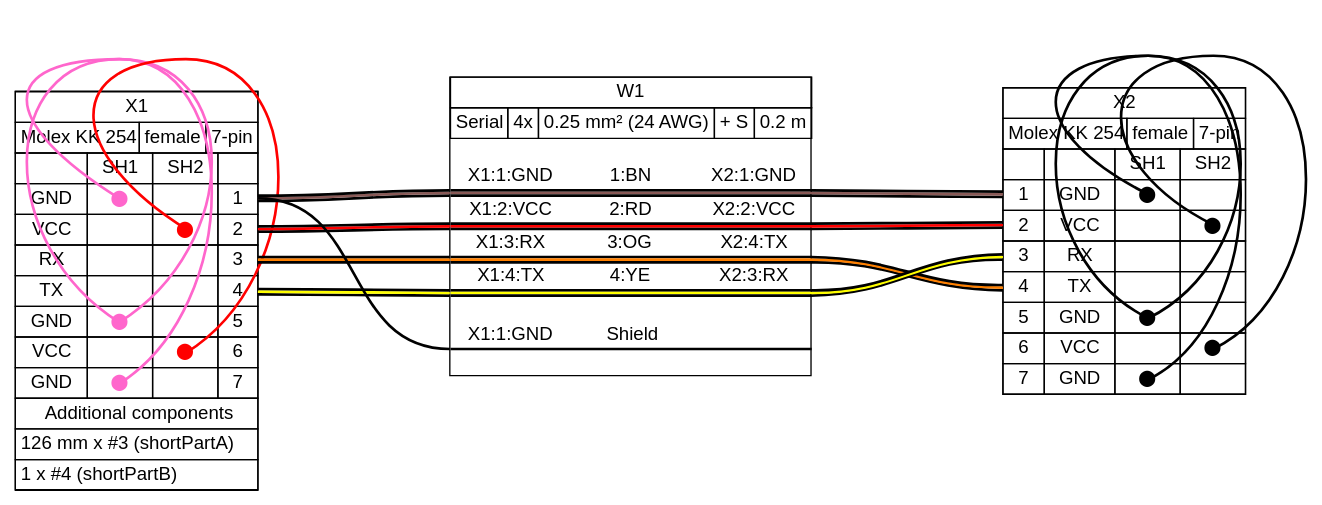
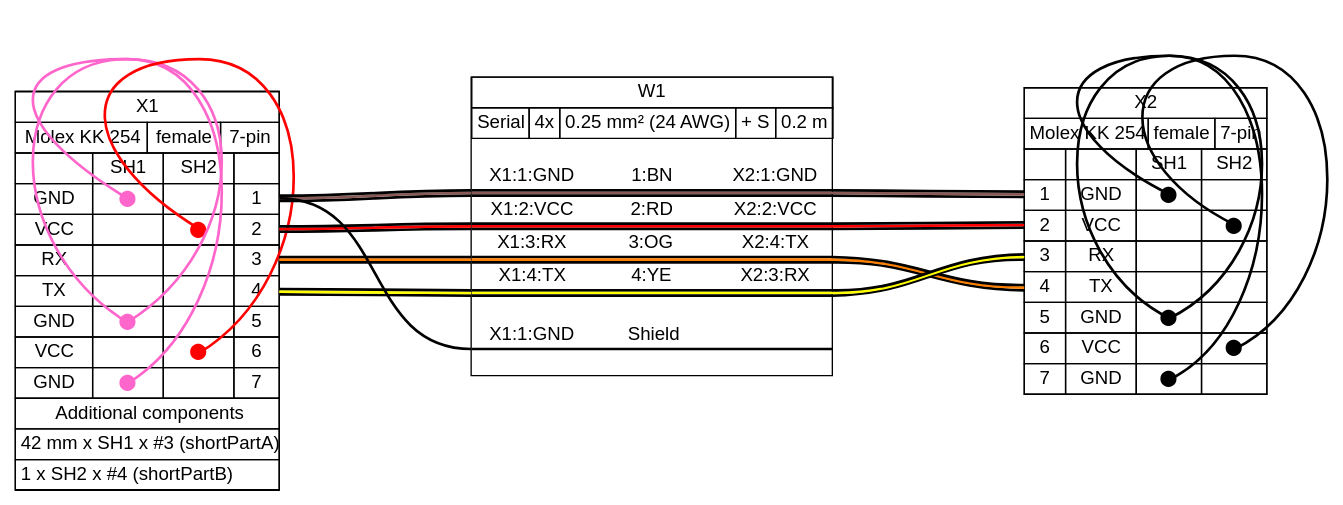
One commit to wireviz/WireViz changed the diagram in examples/ex15.gv. Above: the diagram before and after it, drawn with Graphviz. The commit also changed 15 other files, not shown here.

```diff
--- a/examples/ex15.gv
+++ b/examples/ex15.gv
@@ -83,12 +83,12 @@
  </td></tr>
  <tr><td>
   <table border="0" cellspacing="0" cellpadding="3" cellborder="1"><tr>
-   <td align="left" balign="left">126 mm x #3 (shortPartA)</td>
+   <td align="left" balign="left">42 mm x SH1 x #3 (shortPartA)</td>
   </tr></table>
  </td></tr>
  <tr><td>
   <table border="0" cellspacing="0" cellpadding="3" cellborder="1"><tr>
-   <td align="left" balign="left">1 x #4 (shortPartB)</td>
+   <td align="left" balign="left">1 x SH2 x #4 (shortPartB)</td>
   </tr></table>
  </td></tr>
 </table>
```
